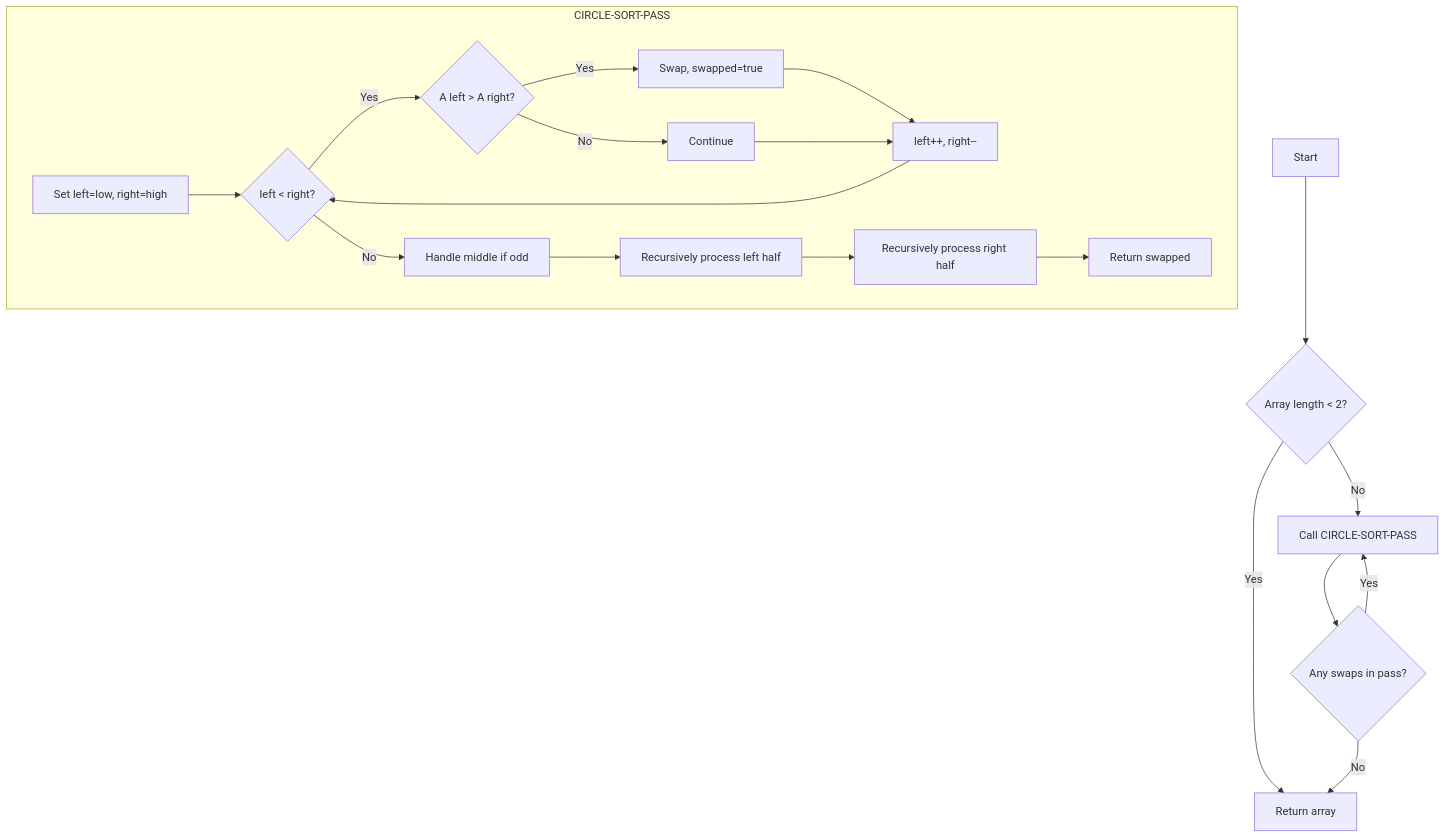
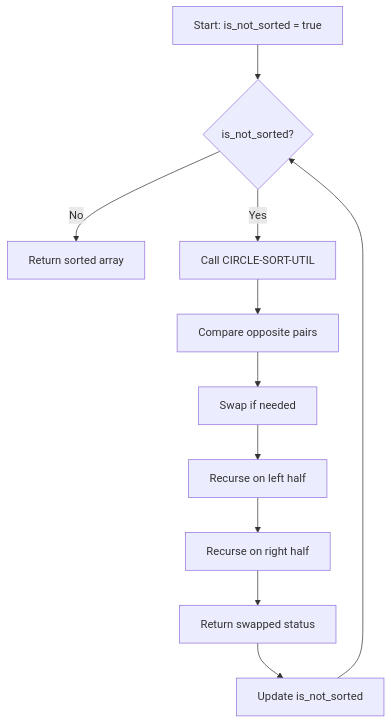
One commit to sccAIOPS/Python changed the diagram in docs/algorithms/01_sorting/circle_sort.md. Above: the diagram before and after it, drawn with Mermaid. The commit also changed other lines of this file and 102 other files, not shown here.

````diff
--- a/docs/algorithms/01_sorting/circle_sort.md
+++ b/docs/algorithms/01_sorting/circle_sort.md
@@ -159,23 +166,13 @@
 ```mermaid
 flowchart TD
-    A[Start] --> B{Array length < 2?}
-    B -->|Yes| C[Return array]
-    B -->|No| D[Call CIRCLE-SORT-PASS]
-    D --> E{Any swaps in pass?}
-    E -->|Yes| D
-    E -->|No| C
-    
-    subgraph PASS[CIRCLE-SORT-PASS]
-        P1[Set left=low, right=high] --> P2{left < right?}
-        P2 -->|Yes| P3{A left > A right?}
-        P3 -->|Yes| P4[Swap, swapped=true]
-        P3 -->|No| P5[Continue]
-        P4 --> P6[left++, right--]
-        P5 --> P6
-        P6 --> P2
-        P2 -->|No| P7[Handle middle if odd]
-        P7 --> P8[Recursively process left half]
-        P8 --> P9[Recursively process right half]
-        P9 --> P10[Return swapped]
-    end
+    A[Start: is_not_sorted = true] --> B{is_not_sorted?}
+    B -->|No| J[Return sorted array]
+    B -->|Yes| C[Call CIRCLE-SORT-UTIL]
+    C --> D[Compare opposite pairs]
+    D --> E[Swap if needed]
+    E --> F[Recurse on left half]
+    F --> G[Recurse on right half]
+    G --> H[Return swapped status]
+    H --> I[Update is_not_sorted]
+    I --> B
 ```
````
